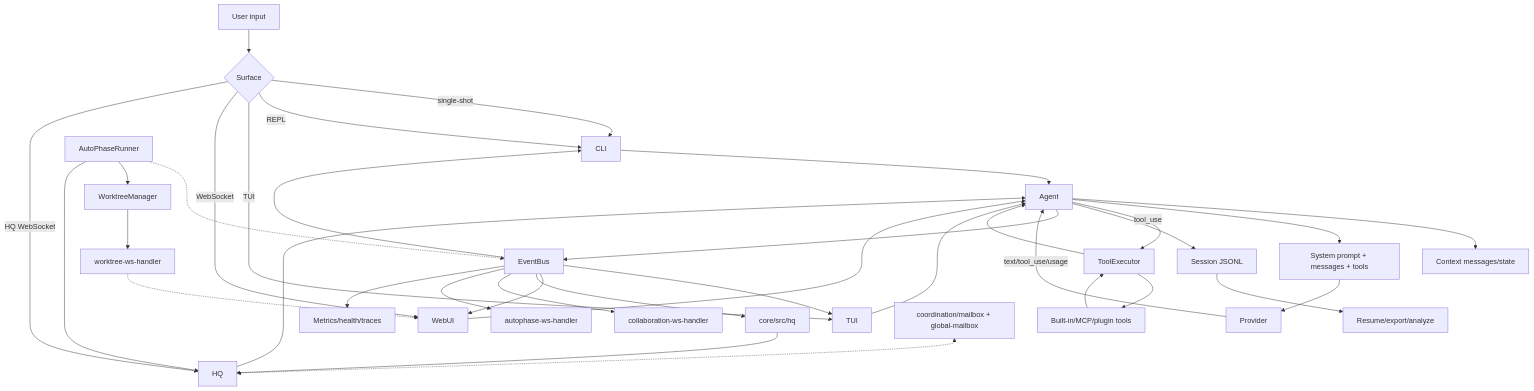
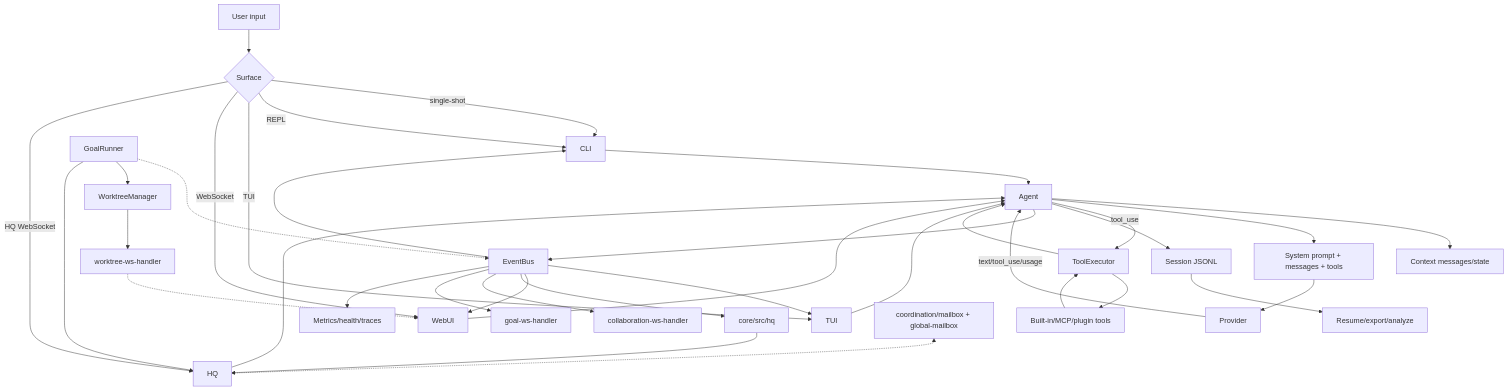
Diagram 21 of 22 in docs/architecture-root.md (HoneyAdam/WrongStack), drawn with Mermaid before and after one commit. The commit also changed other lines of this file and 31 other files, not shown here.

First line of the commit message:
refactor: rename: migrate functional autophase→goal references in source, tests, and docs

````diff
--- a/docs/architecture-root.md
+++ b/docs/architecture-root.md
@@ -1372,40 +1372,40 @@
 ```mermaid
 flowchart TD
   User[User input] --> UI{Surface}
   UI -->|single-shot| CLI
   UI -->|REPL| CLI
   UI -->|TUI| TUI
   UI -->|WebSocket| WebUI
   UI -->|HQ WebSocket| HQ
   CLI --> Agent
   TUI --> Agent
   WebUI --> Agent
   HQ --> Agent
 
   Agent --> Context[Context messages/state]
   Agent --> Prompt[System prompt + messages + tools]
   Prompt --> Provider[Provider]
   Provider -->|text/tool_use/usage| Agent
   Agent -->|tool_use| ToolExecutor
   ToolExecutor --> Tools[Built-in/MCP/plugin tools]
   Tools --> ToolExecutor
   ToolExecutor --> Agent
 
   Agent --> Session[Session JSONL]
   Agent --> Events[EventBus]
   Events --> CLI
   Events --> TUI
   Events --> WebUI
   Events --> HQBridge[core/src/hq]
   HQBridge --> HQ
   Events --> CollabWS[collaboration-ws-handler]
-  Events --> AutophaseWS[autophase-ws-handler]
+  Events --> GoalWS[goal-ws-handler]
   Events --> Metrics[Metrics/health/traces]
   Session --> Resume[Resume/export/analyze]
-  AutoPhase[AutoPhaseRunner] -.-> Events
-  AutoPhase --> Worktree[WorktreeManager]
+  Goal[GoalRunner] -.-> Events
+  Goal --> Worktree[WorktreeManager]
   Worktree --> WorktreeWS[worktree-ws-handler]
   WorktreeWS -.-> WebUI
-  AutoPhase --> HQ
+  Goal --> HQ
   Mailbox[coordination/mailbox + global-mailbox] <-.-> HQ
 ```
````
